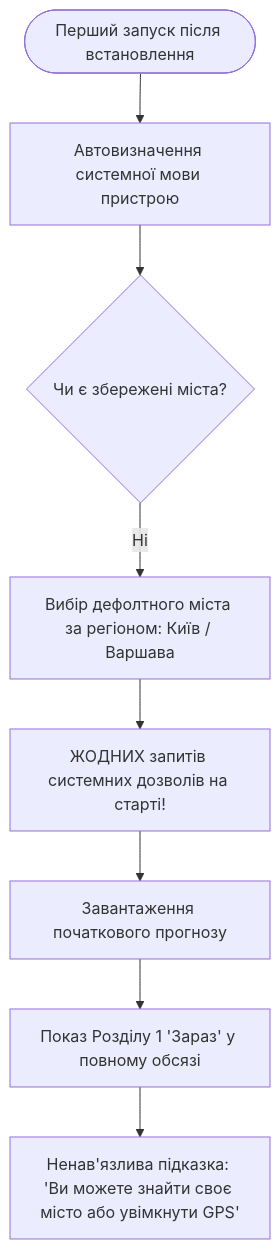
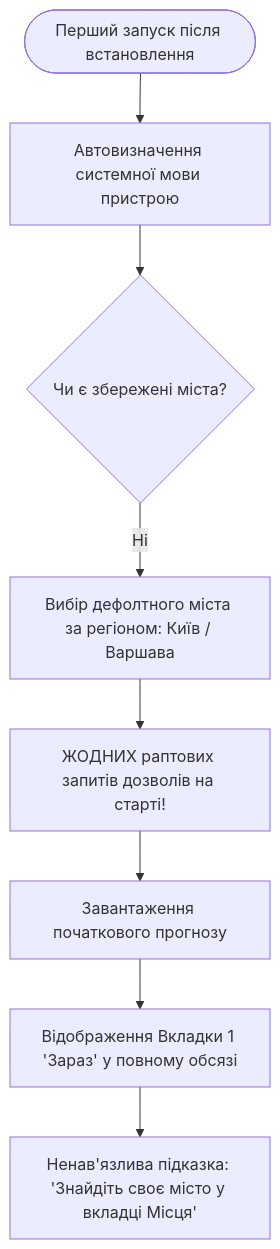
One commit to SaVoJ13/wather changed the second of 10 diagrams in docs/ux/USER_FLOWS.md. Above: the diagram before and after it, drawn with Mermaid. The commit also changed other lines of this file and 10 other files, not shown here.

````diff
--- a/docs/ux/USER_FLOWS.md
+++ b/docs/ux/USER_FLOWS.md
@@ -190,10 +224,10 @@
 ```mermaid
 flowchart TD
     Start([Перший запуск після встановлення]) --> DetectLang[Автовизначення системної мови пристрою]
     DetectLang --> CheckSaved{Чи є збережені міста?}
     CheckSaved -- Ні --> LoadDefaultCity[Вибір дефолтного міста за регіоном: Київ / Варшава]
-    LoadDefaultCity --> ZeroPerm[ЖОДНИХ запитів системних дозволів на старті!]
+    LoadDefaultCity --> ZeroPerm[ЖОДНИХ раптових запитів дозволів на старті!]
     ZeroPerm --> FetchForecast[Завантаження початкового прогнозу]
-    FetchForecast --> RenderDashboard[Показ Розділу 1 'Зараз' у повному обсязі]
-    RenderDashboard --> SoftHint[Ненав'язлива підказка: 'Ви можете знайти своє місто або увімкнути GPS']
+    FetchForecast --> RenderDashboard[Відображення Вкладки 1 'Зараз' у повному обсязі]
+    RenderDashboard --> SoftHint[Ненав'язлива підказка: 'Знайдіть своє місто у вкладці Місця']
 ```
````
